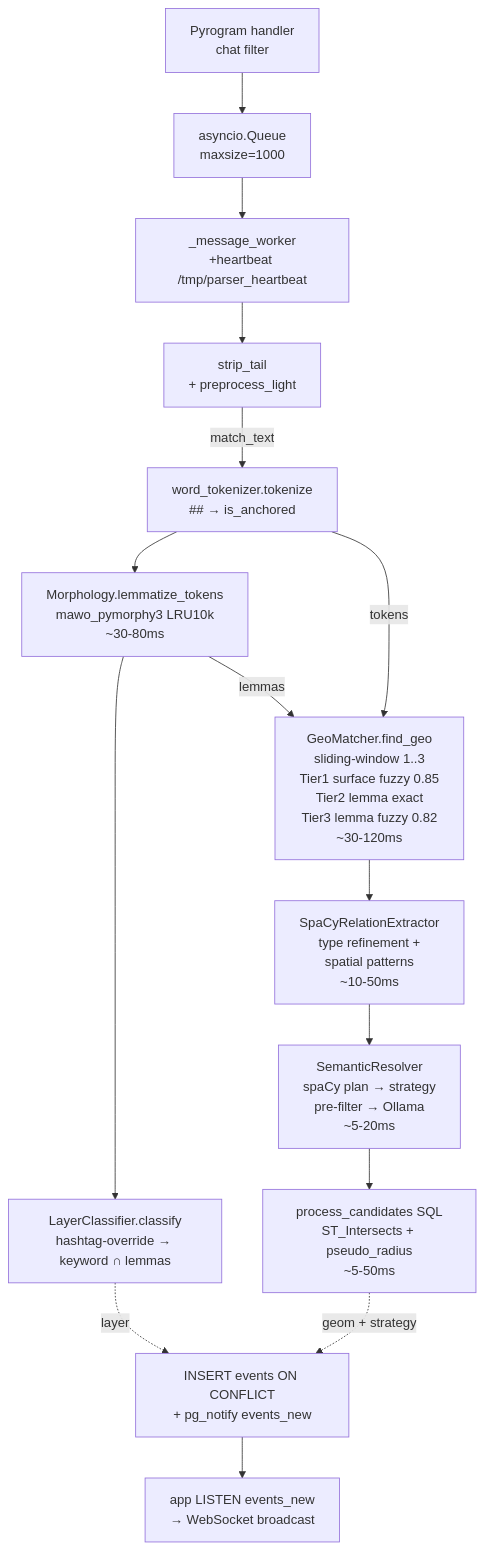
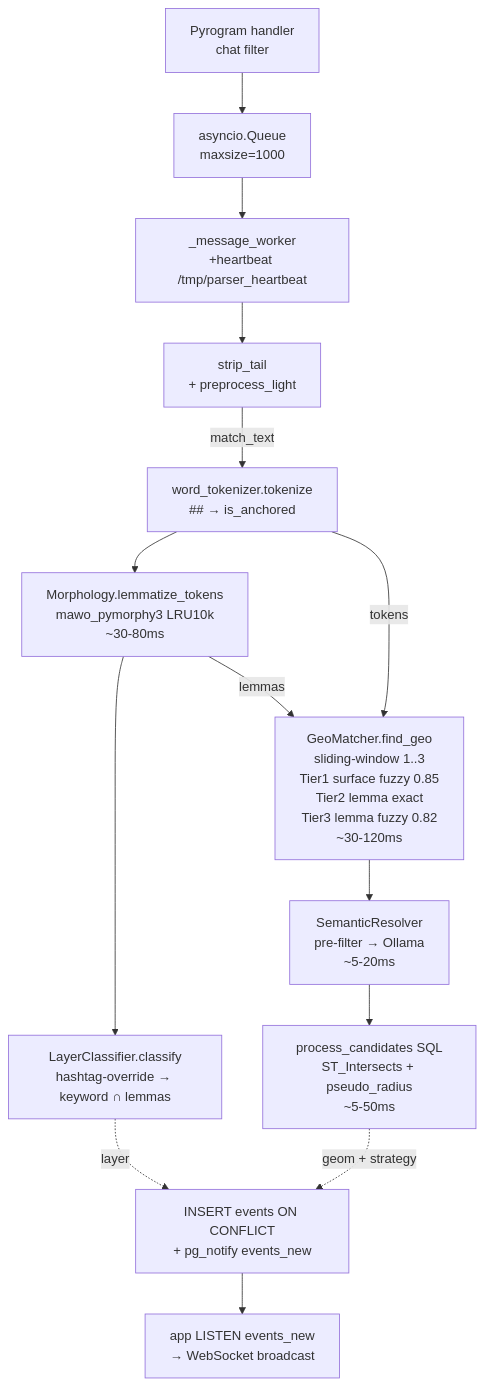
The diagram in docs/parser.md (jin10r/debug), drawn with Mermaid before and after one commit. The commit also changed other lines of this file and 16 other files, not shown here.

First line of the commit message:
feat: remove spaCy, add alias geo entries, improve resolver and layer classifier

````diff
--- a/docs/parser.md
+++ b/docs/parser.md
@@ -73,17 +65,16 @@
 ```mermaid
 flowchart TD
     A[Pyrogram handler<br/>chat filter] --> B[asyncio.Queue<br/>maxsize=1000]
     B --> C[_message_worker<br/>+heartbeat /tmp/parser_heartbeat]
     C --> D[strip_tail<br/>+ preprocess_light]
     D -->|match_text| E[word_tokenizer.tokenize<br/>## → is_anchored]
     E --> F[Morphology.lemmatize_tokens<br/>mawo_pymorphy3 LRU10k<br/>~30-80ms]
     F --> G[LayerClassifier.classify<br/>hashtag-override → keyword ∩ lemmas]
     F -->|lemmas| H
     E -->|tokens| H[GeoMatcher.find_geo<br/>sliding-window 1..3<br/>Tier1 surface fuzzy 0.85<br/>Tier2 lemma exact<br/>Tier3 lemma fuzzy 0.82<br/>~30-120ms]
-    H --> I[SpaCyRelationExtractor<br/>type refinement +<br/>spatial patterns<br/>~10-50ms]
-    I --> J[SemanticResolver<br/>spaCy plan → strategy<br/>pre-filter → Ollama<br/>~5-20ms]
+    H --> J[SemanticResolver<br/>pre-filter → Ollama<br/>~5-20ms]
     J --> K[process_candidates SQL<br/>ST_Intersects + pseudo_radius<br/>~5-50ms]
     G -.layer.-> L
     K -.geom + strategy.-> L[INSERT events ON CONFLICT<br/>+ pg_notify events_new]
     L --> M[app LISTEN events_new<br/>→ WebSocket broadcast]
 ```
````
